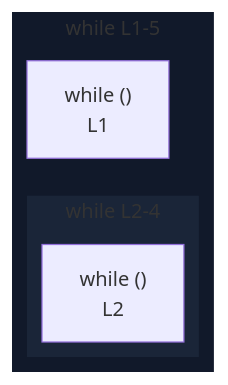
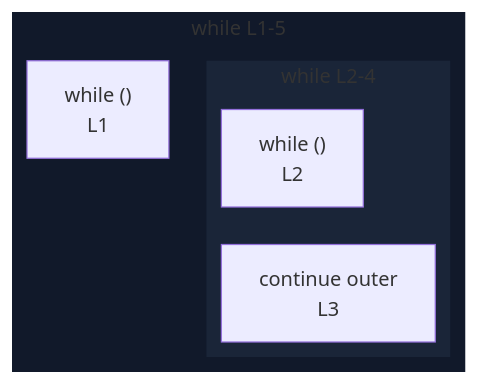
Before and after one commit to crescware/unsnarl: the diagram in integration/fixtures/iteration-statement/while/labeled-continue/preview.md, drawn with Mermaid. The commit also changed 352 other files, not shown here.

````diff
--- a/integration/fixtures/iteration-statement/while/labeled-continue/preview.md
+++ b/integration/fixtures/iteration-statement/while/labeled-continue/preview.md
@@ -15,16 +15,17 @@
 ```mermaid
 %%{init: {"flowchart": {"defaultRenderer": "elk"}}}%%
 flowchart RL
   subgraph s_scope_1["while L1-5"]
     direction RL
     while_test_scope_0_7["while ()<br/>L1"]
     subgraph s_scope_2["while L2-4"]
       direction RL
       while_test_scope_1_24["while ()<br/>L2"]
+      bc_continue_43["continue outer<br/>L3"]
     end
   end
   classDef nestL1 fill:#11192a,stroke:transparent;
   class s_scope_1 nestL1;
   classDef nestL2 fill:#1a2538,stroke:transparent;
   class s_scope_2 nestL2;
 ```
````
